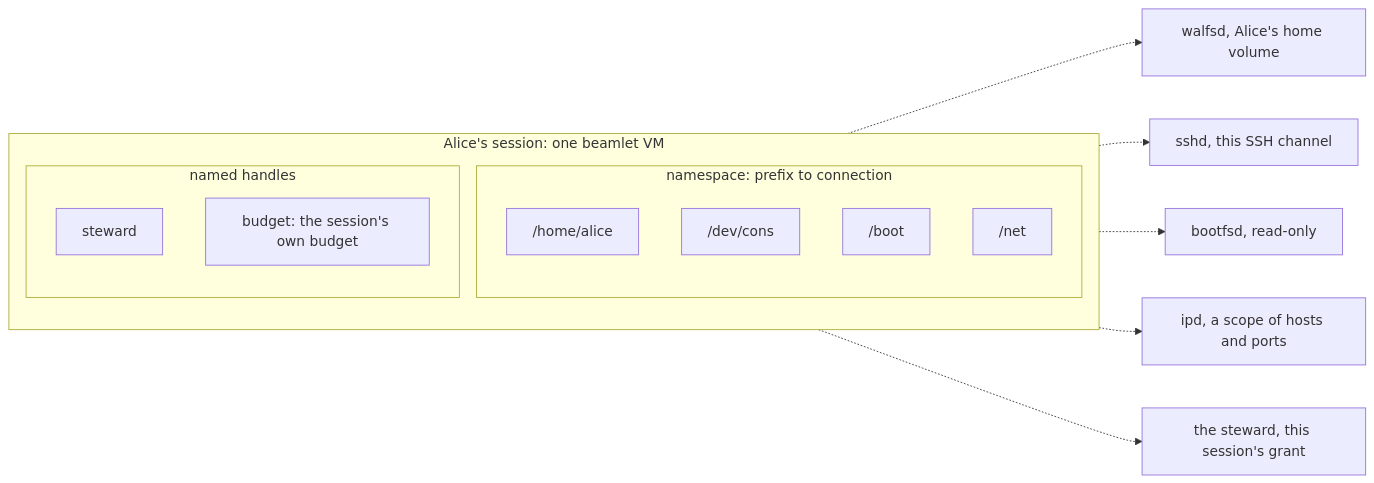
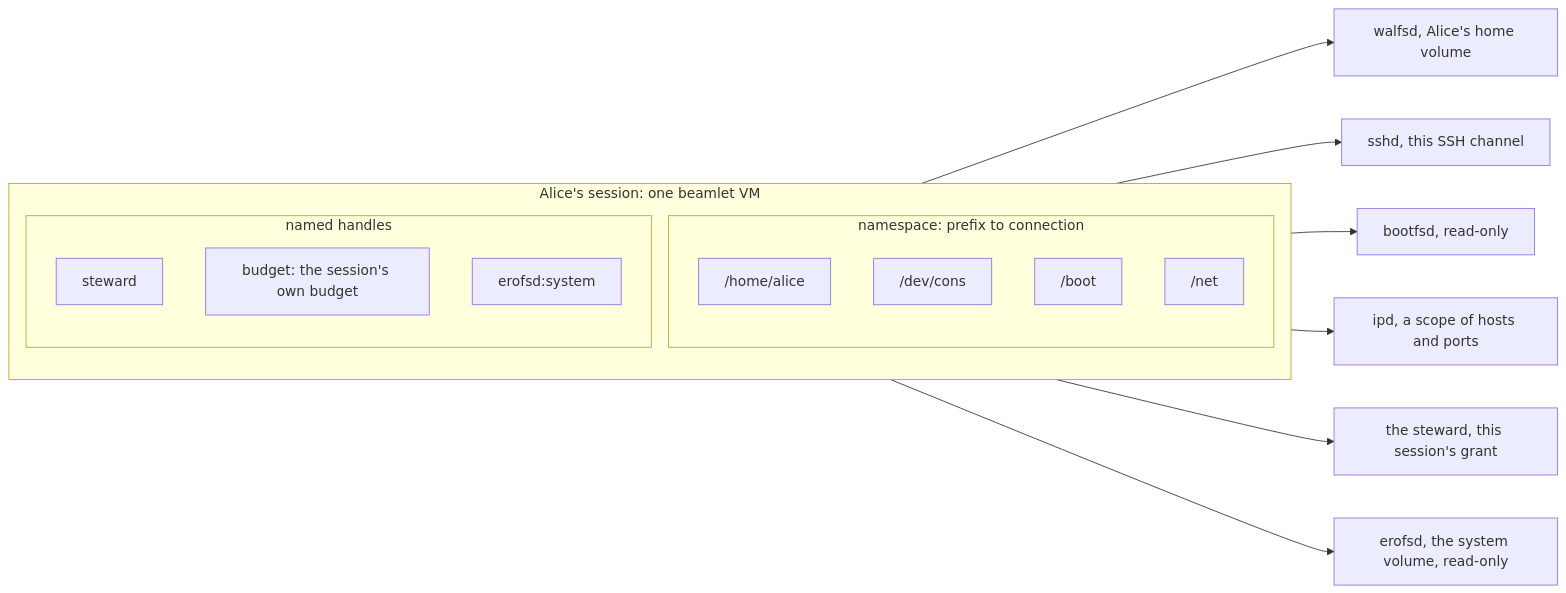
Before and after one commit to sirmick/redoubt: the diagram in docs/userland/sessions.md, drawn with Mermaid. The commit also changed other lines of this file and 48 other files, not shown here.

````diff
--- a/docs/userland/sessions.md
+++ b/docs/userland/sessions.md
@@ -148,21 +142,23 @@
 ```mermaid
 flowchart LR
     subgraph S["Alice's session: one beamlet VM"]
         direction TB
         subgraph NS["namespace: prefix to connection"]
             h["/home/alice"]
             c["/dev/cons"]
             b["/boot"]
             n["/net"]
         end
         subgraph NH["named handles"]
             st["steward"]
             bu["budget: the session's own budget"]
+            sy["erofsd:system"]
         end
     end
-    h -.-> FS["walfsd, Alice's home volume"]
-    c -.-> SH["sshd, this SSH channel"]
-    b -.-> BF["bootfsd, read-only"]
-    n -.-> IP["ipd, a scope of hosts and ports"]
-    st -.-> ST["the steward, this session's grant"]
+    h --> FS["walfsd, Alice's home volume"]
+    c --> SH["sshd, this SSH channel"]
+    b --> BF["bootfsd, read-only"]
+    n --> IP["ipd, a scope of hosts and ports"]
+    st --> ST["the steward, this session's grant"]
+    sy --> SY["erofsd, the system volume, read-only"]
 ```
````
